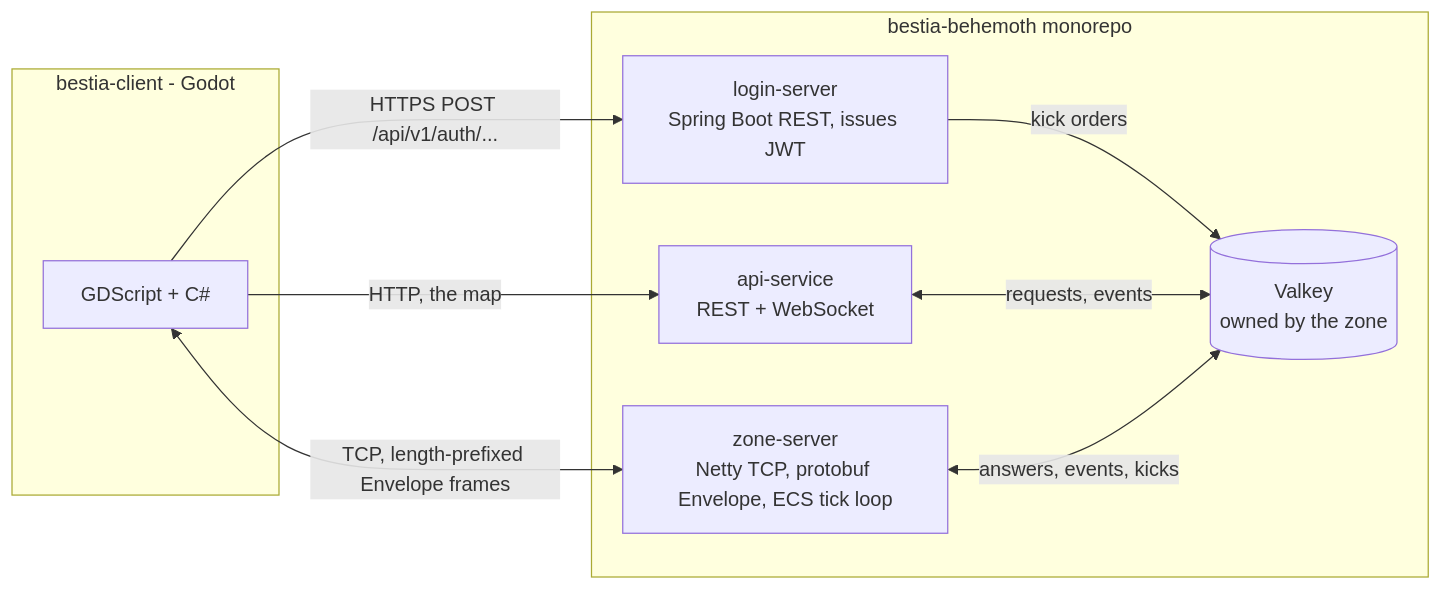
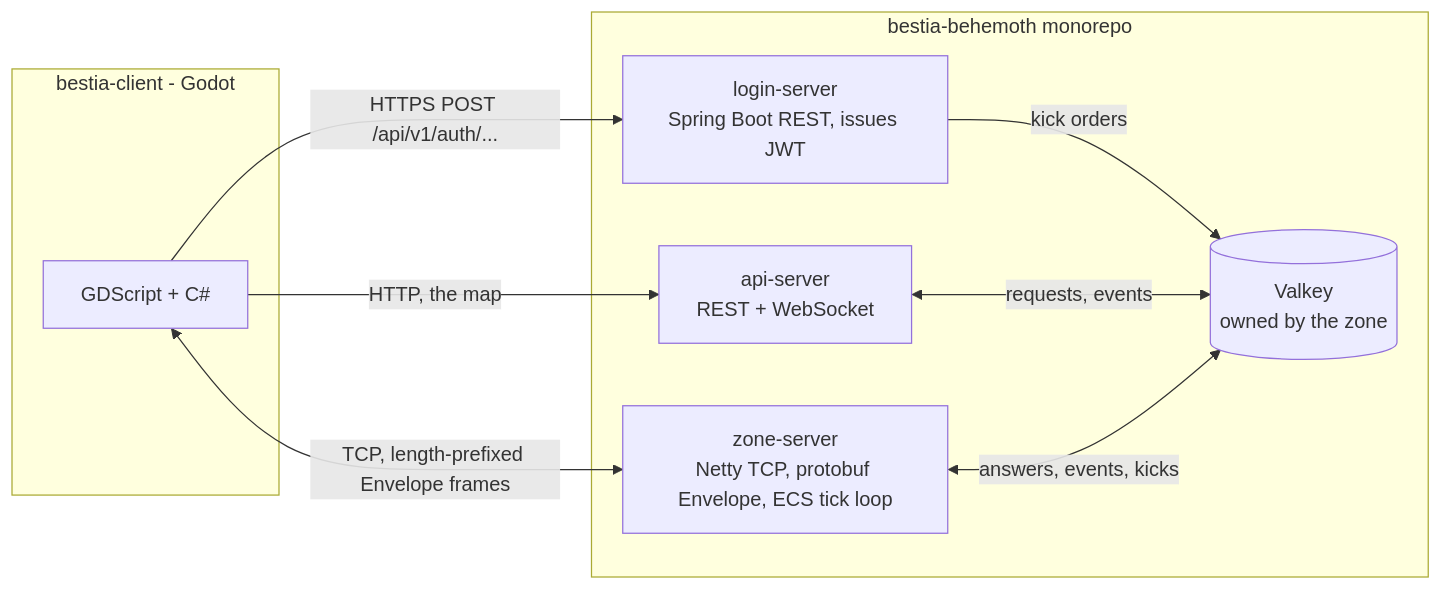
The diagram in content/docs/server/overview.md (tfelix/bestia-docs), drawn with Mermaid before and after one commit. The commit also changed other lines of this file and 8 other files, not shown here.

Commit message:
Rename the API Service page and wording to API Server

````diff
--- a/content/docs/server/overview.md
+++ b/content/docs/server/overview.md
@@ -18,20 +18,20 @@
 ```mermaid
 graph LR
   subgraph Client [bestia-client - Godot]
     C[GDScript + C#]
   end
 
   subgraph Backend [bestia-behemoth monorepo]
     LOGIN["login-server<br/>Spring Boot REST, issues JWT"]
     ZONE["zone-server<br/>Netty TCP, protobuf Envelope, ECS tick loop"]
-    API["api-service<br/>REST + WebSocket"]
+    API["api-server<br/>REST + WebSocket"]
     V[("Valkey<br/>owned by the zone")]
   end
 
   C -- "HTTPS POST /api/v1/auth/..." --> LOGIN
   C <-- "TCP, length-prefixed Envelope frames" --> ZONE
   C -- "HTTP, the map" --> API
   LOGIN -- "kick orders" --> V
   API <-- "requests, events" --> V
   ZONE <-- "answers, events, kicks" --> V
 ```
````
